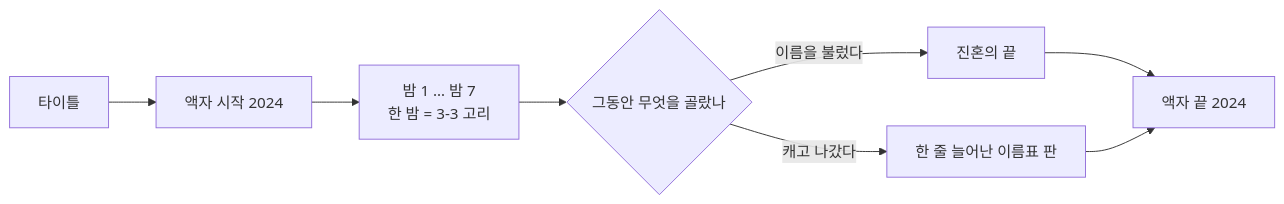
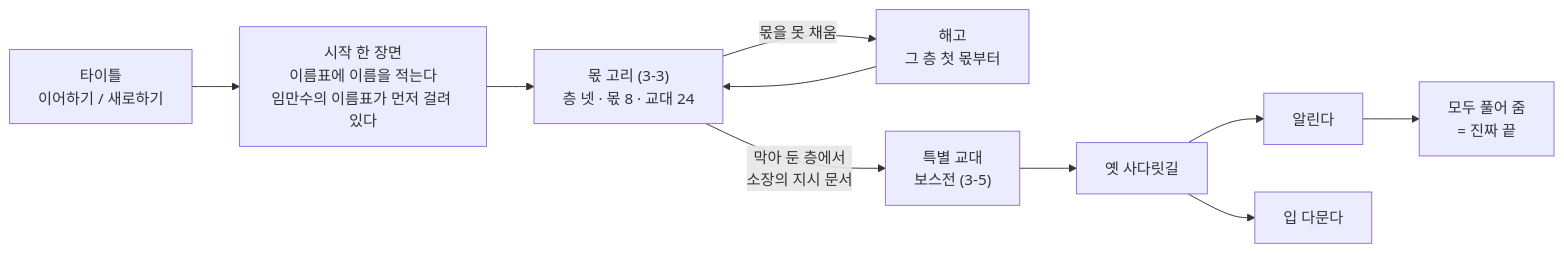
Before and after one commit to jhyun1234/Tunnel: the sixth of 8 diagrams in docs/기획서/기획서.md, drawn with Mermaid. The commit also changed other lines of this file and 3 other files, not shown here.

````diff
--- a/docs/기획서/기획서.md
+++ b/docs/기획서/기획서.md
@@ -413,10 +630,12 @@
 ```mermaid
 flowchart LR
-  T["타이틀"] --> A["액자 시작 2024"]
-  A --> N["밤 1 … 밤 7<br/>한 밤 = 3-3 고리"]
-  N --> Z{"그동안 무엇을 골랐나"}
-  Z -- 이름을 불렀다 --> E1["진혼의 끝"]
-  Z -- 캐고 나갔다 --> E2["한 줄 늘어난 이름표 판"]
-  E1 --> B["액자 끝 2024"]
-  E2 --> B
+  T["타이틀<br/>이어하기 / 새로하기"] --> O["시작 한 장면<br/>이름표에 이름을 적는다<br/>임만수의 이름표가 먼저 걸려 있다"]
+  O --> Q["몫 고리 (3-3)<br/>층 넷 · 몫 8 · 교대 24"]
+  Q -- 몫을 못 채움 --> F["해고<br/>그 층 첫 몫부터"]
+  F --> Q
+  Q -- "막아 둔 층에서<br/>소장의 지시 문서" --> S["특별 교대<br/>보스전 (3-5)"]
+  S --> L["옛 사다릿길"]
+  L --> E1["알린다"]
+  L --> E2["입 다문다"]
+  E1 --> E3["모두 풀어 줌<br/>= 진짜 끝"]
 ```
````
